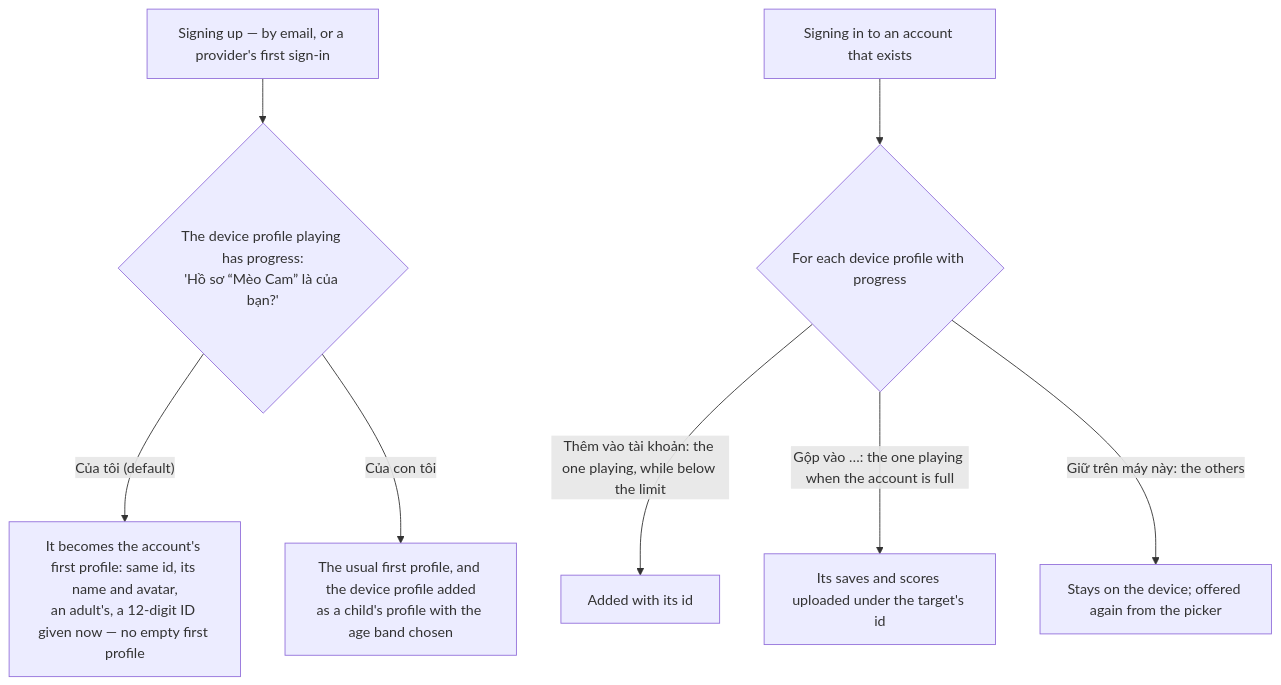
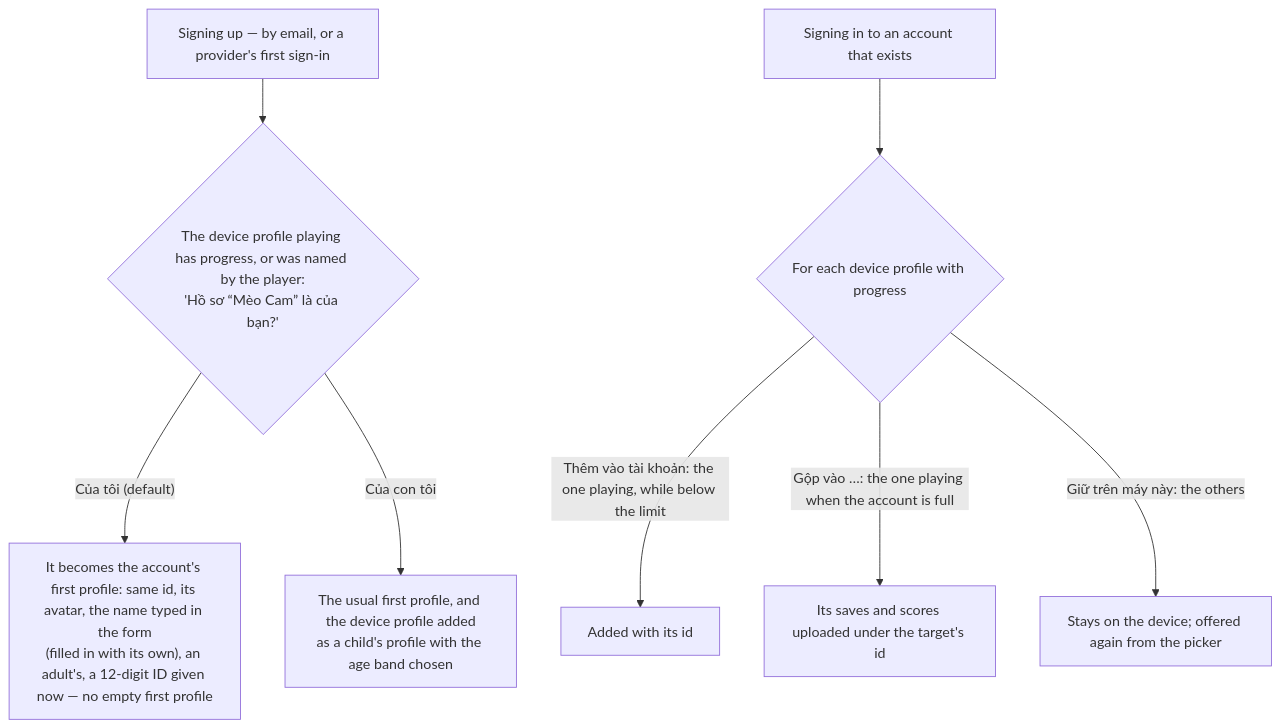
One commit to vinh466/tohe-play changed diagram 14 of 14 in docs/architecture/identity.md. Above: the diagram before and after it, drawn with Mermaid. The commit also changed other lines of this file and 29 other files, not shown here.

First line of the commit message:
fix: the I1 review — device results steer no integrity rule, adopt is idempotent, the mark has a server backstop

````diff
--- a/docs/architecture/identity.md
+++ b/docs/architecture/identity.md
@@ -622,10 +633,10 @@
 ```mermaid
 flowchart TD
-  up["Signing up — by email, or a provider's first sign-in"] --> q{"The device profile playing has progress:<br/>'Hồ sơ “Mèo Cam” là của bạn?'"}
-  q -- "Của tôi (default)" --> first["It becomes the account's first profile: same id, its name and avatar,<br/>an adult's, a 12-digit ID given now — no empty first profile"]
+  up["Signing up — by email, or a provider's first sign-in"] --> q{"The device profile playing has progress, or was named by the player:<br/>'Hồ sơ “Mèo Cam” là của bạn?'"}
+  q -- "Của tôi (default)" --> first["It becomes the account's first profile: same id, its avatar, the name typed in the form<br/>(filled in with its own), an adult's, a 12-digit ID given now — no empty first profile"]
   q -- "Của con tôi" --> child["The usual first profile, and the device profile added<br/>as a child's profile with the age band chosen"]
   in["Signing in to an account that exists"] --> each{"For each device profile with progress"}
   each -- "Thêm vào tài khoản: the one playing, while below the limit" --> add["Added with its id"]
   each -- "Gộp vào …: the one playing when the account is full" --> merge["Its saves and scores uploaded under the target's id"]
   each -- "Giữ trên máy này: the others" --> keep["Stays on the device; offered again from the picker"]
 ```
````
